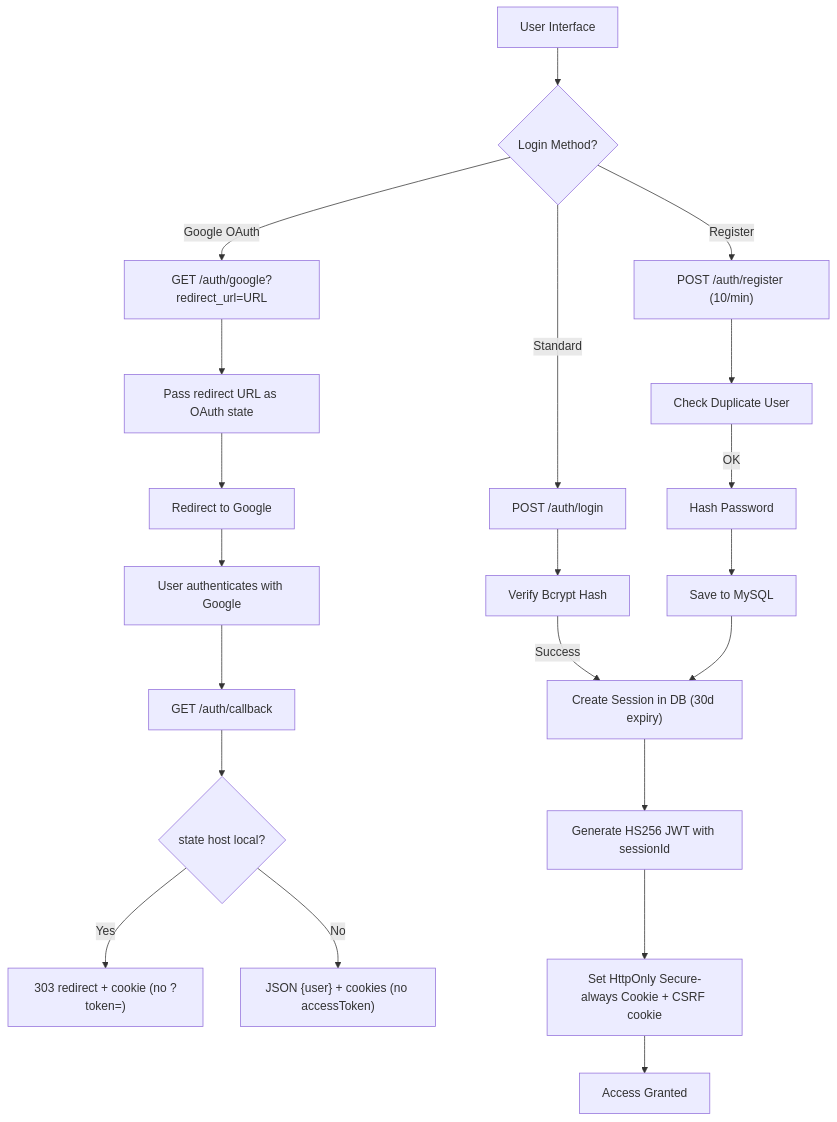
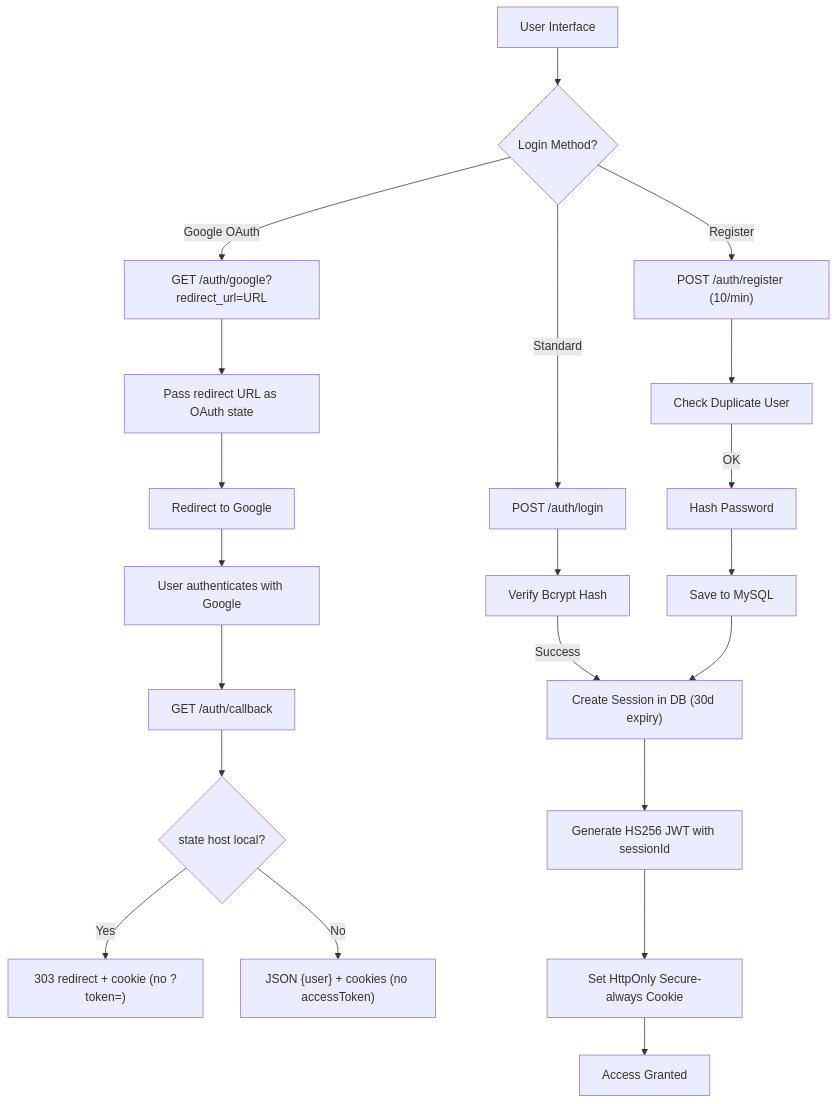
One commit to mansa-team/server changed the diagram in docs/authentication.md. Above: the diagram before and after it, drawn with Mermaid. The commit also changed other lines of this file, not shown here.

````diff
--- a/docs/authentication.md
+++ b/docs/authentication.md
@@ -182,27 +170,27 @@
 ```mermaid
 graph TD
     User["User Interface"] --> Start{Login Method?}
 
     Start -- Standard --> Login["POST /auth/login"]
     Login --> Verify["Verify Bcrypt Hash"]
     Verify -- Success --> CreateSession["Create Session in DB (30d expiry)"]
     CreateSession --> JWT["Generate HS256 JWT with sessionId"]
 
     Start -- Google OAuth --> GLogin["GET /auth/google?redirect_url=URL"]
     GLogin --> State["Pass redirect URL as OAuth state"]
     State --> GRedirect["Redirect to Google"]
     GRedirect --> GAuth["User authenticates with Google"]
     GAuth --> GCallback["GET /auth/callback"]
     GCallback --> Allowlist{"state host local?"}
     Allowlist -- Yes --> CookieRedirect["303 redirect + cookie (no ?token=)"]
     Allowlist -- No --> JSONFallback["JSON {user} + cookies (no accessToken)"]
 
     Start -- Register --> Reg["POST /auth/register (10/min)"]
     Reg --> Valid["Check Duplicate User"]
     Valid -- OK --> Hash["Hash Password"]
     Hash --> Save["Save to MySQL"]
     Save --> CreateSession
 
-    JWT --> Cookie["Set HttpOnly Secure-always Cookie + CSRF cookie"]
+    JWT --> Cookie["Set HttpOnly Secure-always Cookie"]
     Cookie --> Home["Access Granted"]
 ```
````
